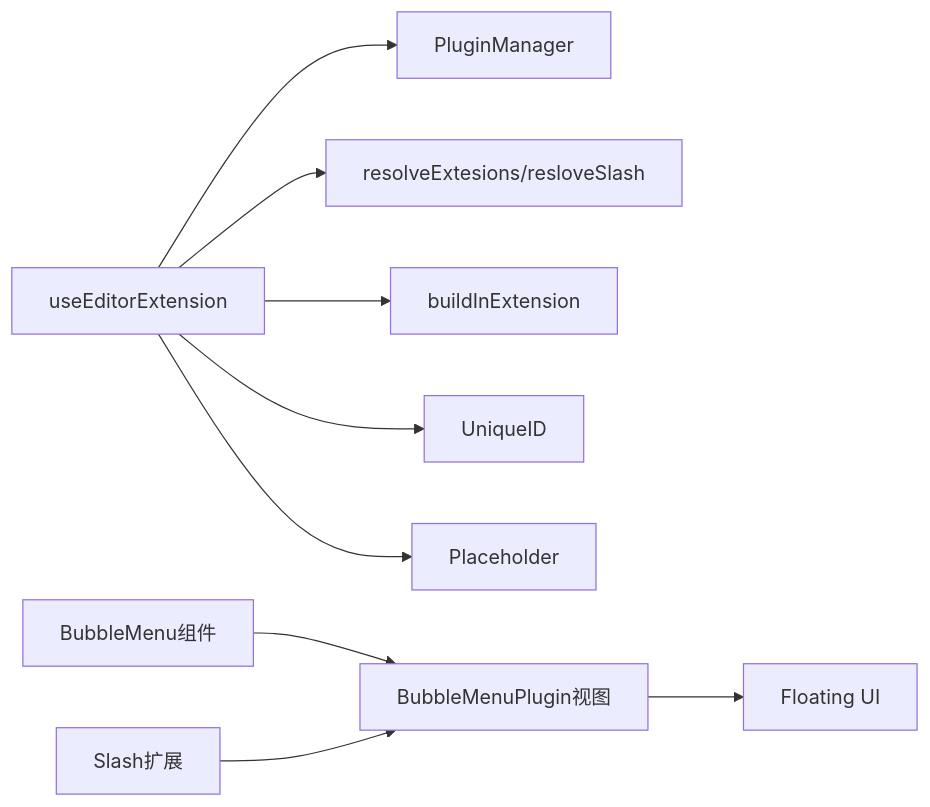
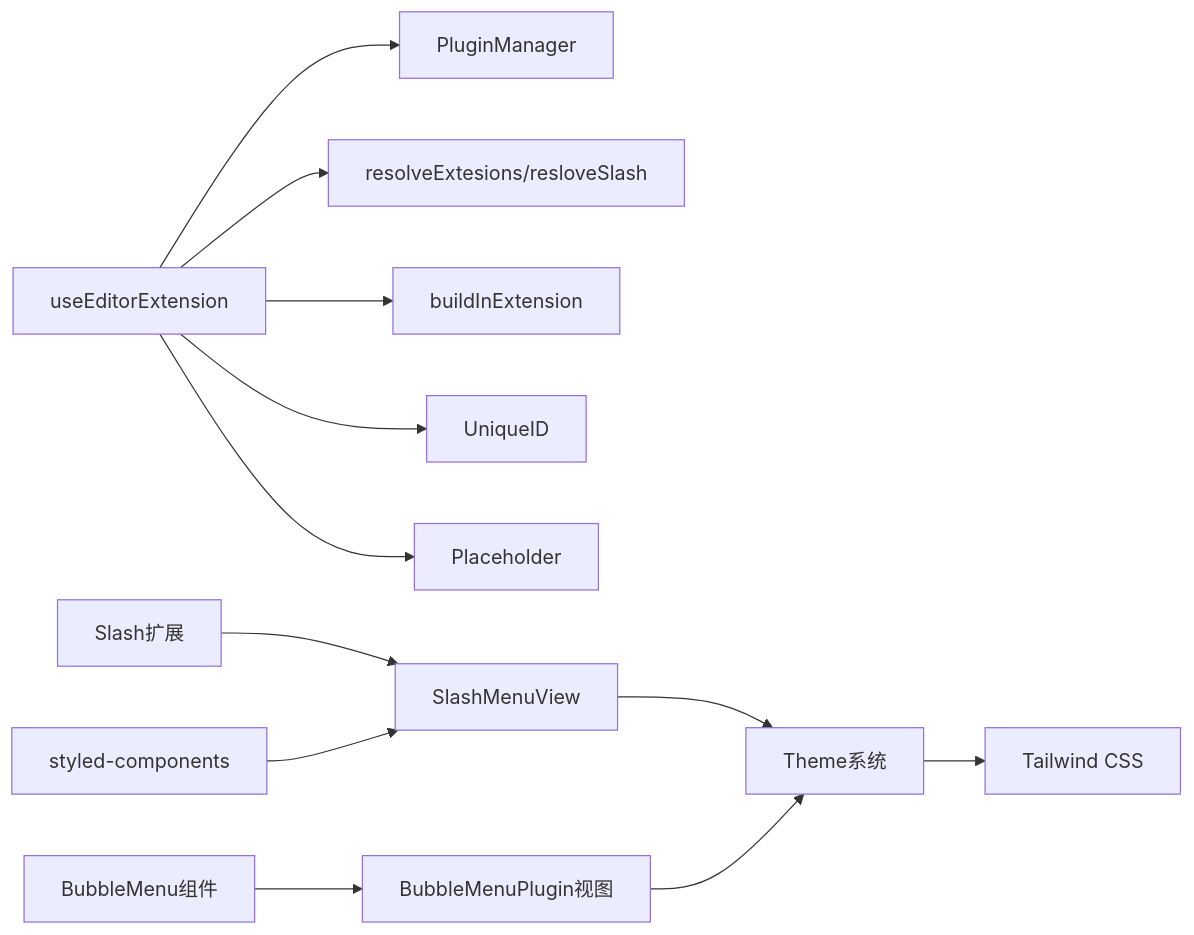
The seventh of 7 diagrams in .qoder/repowiki/zh/content/架构设计/编辑器内核架构/扩展系统架构.md (LRF0422/Kotion), drawn with Mermaid before and after one commit. The commit also changed other lines of this file and 75 other files, not shown here.

````diff
--- a/.qoder/repowiki/zh/content/架构设计/编辑器内核架构/扩展系统架构.md
+++ b/.qoder/repowiki/zh/content/架构设计/编辑器内核架构/扩展系统架构.md
@@ -303,11 +359,14 @@
 ```mermaid
 graph LR
 UE["useEditorExtension"] --> PM["PluginManager"]
 UE --> KIT["resolveExtesions/resloveSlash"]
 UE --> BI["buildInExtension"]
 UE --> UID["UniqueID"]
 UE --> PH["Placeholder"]
 BM["BubbleMenu组件"] --> BMP["BubbleMenuPlugin视图"]
-SL["Slash扩展"] --> BMP
-BMP --> UI["Floating UI"]
+SL["Slash扩展"] --> SLMV["SlashMenuView"]
+SLMV --> THEME["Theme系统"]
+BMP --> THEME
+THEME --> TWCSS["Tailwind CSS"]
+SC["styled-components"] --> SLMV
 ```
````
